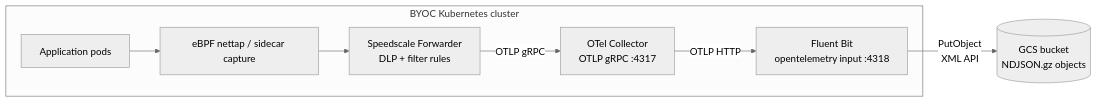
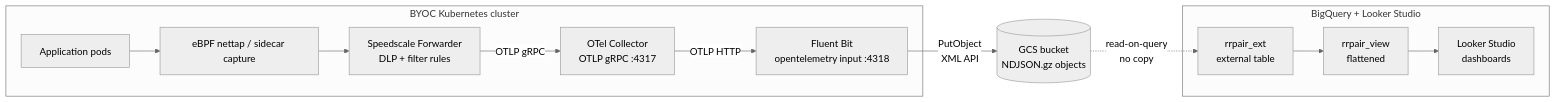
The diagram in reference-architectures/fluent-bit/README.md (speedscale/demo), drawn with Mermaid (neutral theme) before and after one commit. The commit also changed other lines of this file and 5 other files, not shown here.

````diff
--- a/reference-architectures/fluent-bit/README.md
+++ b/reference-architectures/fluent-bit/README.md
@@ -13,16 +13,23 @@
 ```mermaid
 flowchart LR
   subgraph K8s[BYOC Kubernetes cluster]
     Apps[Application pods]
     Cap[eBPF nettap / sidecar capture]
     Fwd[Speedscale Forwarder<br/>DLP + filter rules]
     OTel[OTel Collector<br/>OTLP gRPC :4317]
     FB[Fluent Bit<br/>opentelemetry input :4318]
   end
   GCS[(GCS bucket<br/>NDJSON.gz objects)]
+  subgraph BQ[BigQuery + Looker Studio]
+    Ext[rrpair_ext<br/>external table]
+    View[rrpair_view<br/>flattened]
+    Looker[Looker Studio<br/>dashboards]
+  end
 
   Apps --> Cap --> Fwd
   Fwd -->|OTLP gRPC| OTel
   OTel -->|OTLP HTTP| FB
   FB -->|PutObject<br/>XML API| GCS
+  GCS -.->|read-on-query<br/>no copy| Ext
+  Ext --> View --> Looker
 ```
````
